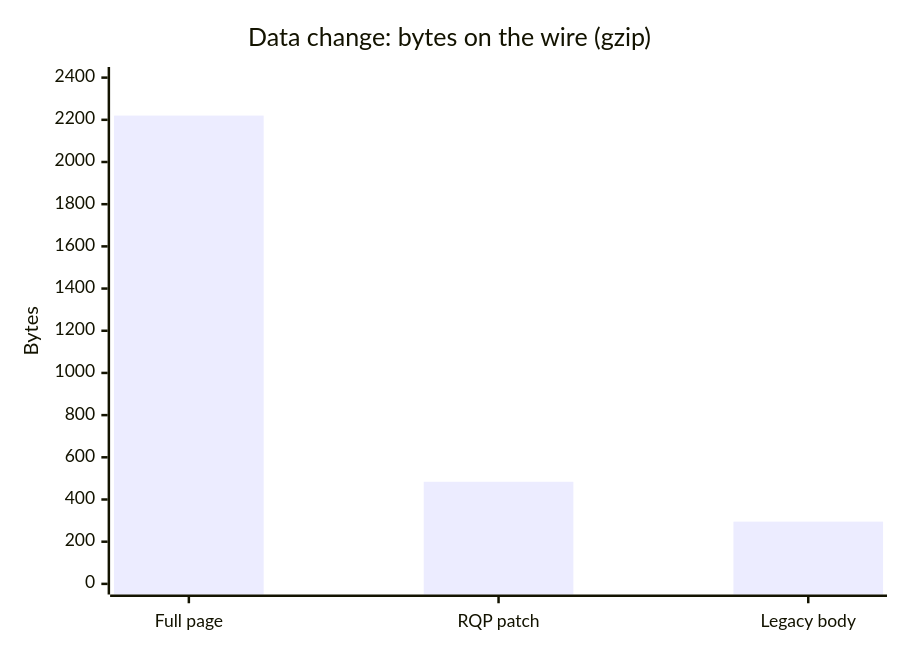
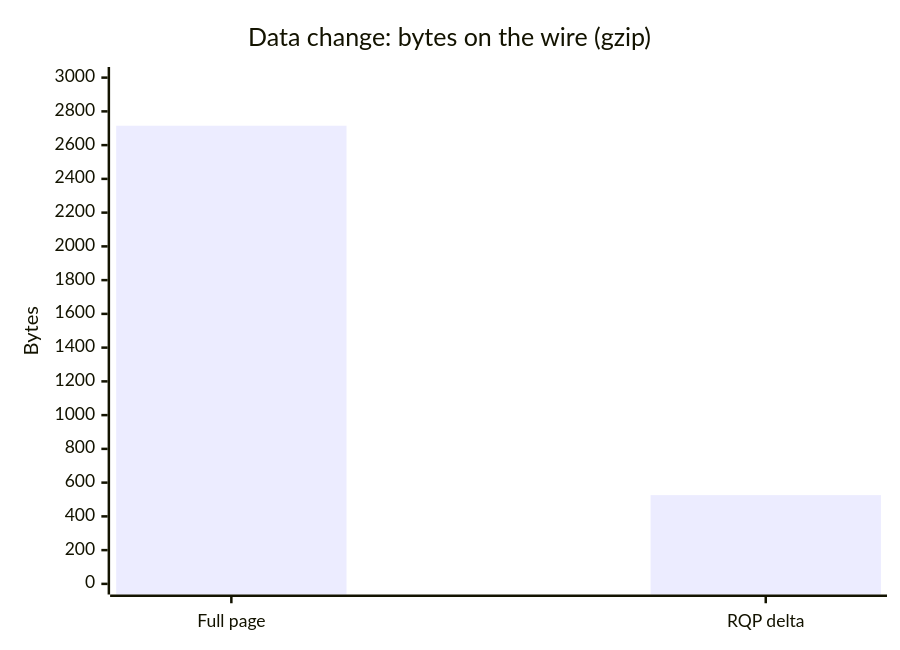
Before and after one commit to robotoss/rivqen: the diagram in docs/guide/performance.md, drawn with Mermaid. The commit also changed other lines of this file and 6 other files, not shown here.

````diff
--- a/docs/guide/performance.md
+++ b/docs/guide/performance.md
@@ -65,7 +64,7 @@
 ```mermaid
 xychart-beta
   title "Data change: bytes on the wire (gzip)"
-  x-axis ["Full page", "RQP patch", "Legacy body"]
-  y-axis "Bytes" 0 --> 2400
-  bar [2220, 484, 295]
+  x-axis ["Full page", "RQP delta"]
+  y-axis "Bytes" 0 --> 3000
+  bar [2715, 526]
 ```
````
